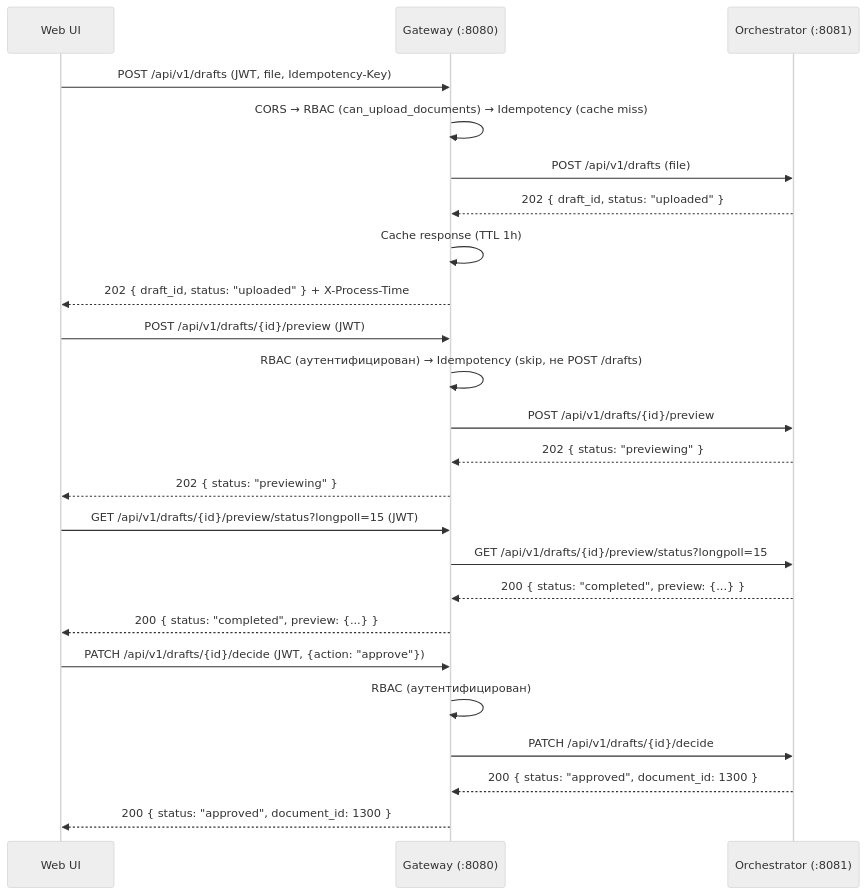
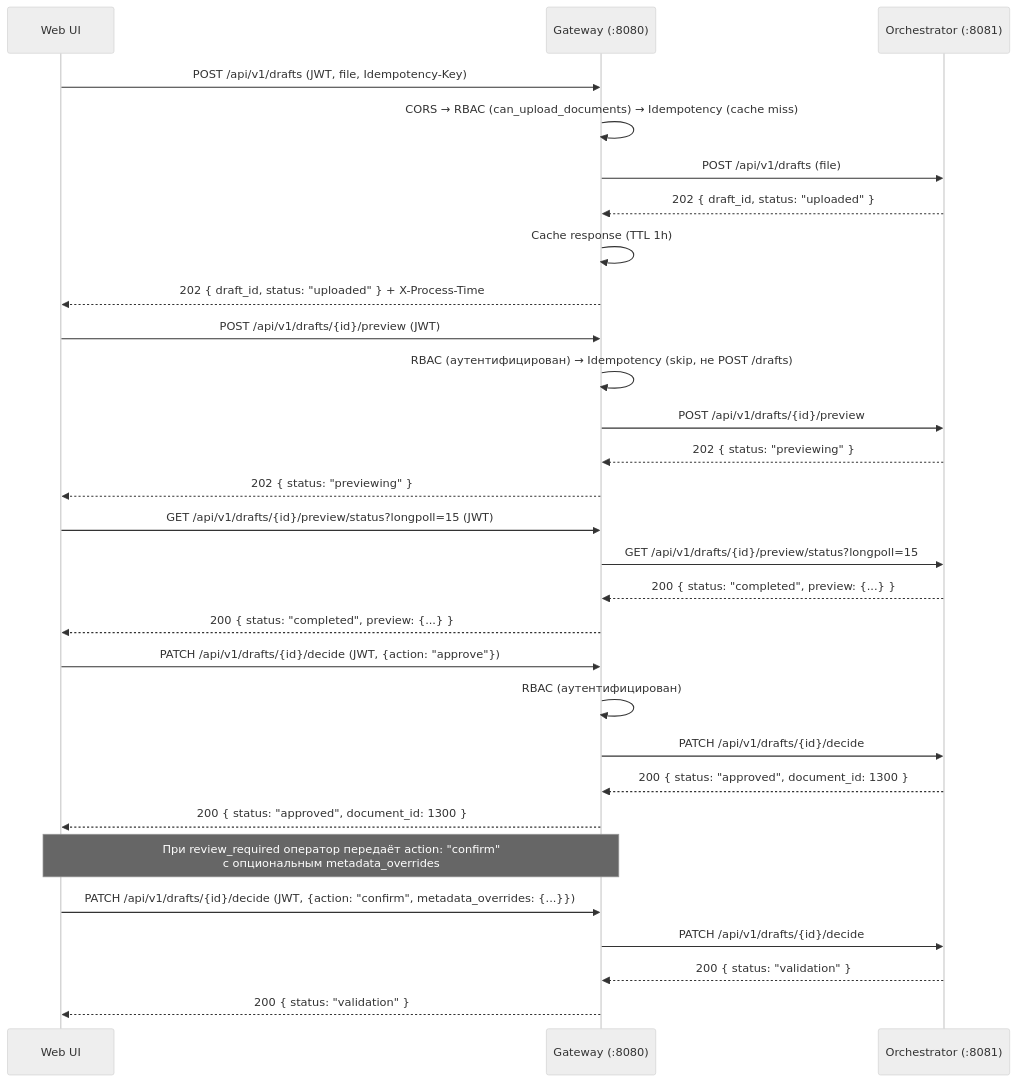
One commit to MasterKSAF/PKB changed the first of 2 diagrams in docs/api/gateway_service_api.md. Above: the diagram before and after it, drawn with Mermaid (neutral theme). The commit also changed other lines of this file and 14 other files, not shown here.

````diff
--- a/docs/api/gateway_service_api.md
+++ b/docs/api/gateway_service_api.md
@@ -110,30 +131,36 @@
 ```mermaid
 sequenceDiagram
     participant UI as Web UI
     participant GW as Gateway (:8080)
     participant Orch as Orchestrator (:8081)
 
     UI->>GW: POST /api/v1/drafts (JWT, file, Idempotency-Key)
     GW->>GW: CORS → RBAC (can_upload_documents) → Idempotency (cache miss)
     GW->>Orch: POST /api/v1/drafts (file)
     Orch-->>GW: 202 { draft_id, status: "uploaded" }
     GW->>GW: Cache response (TTL 1h)
     GW-->>UI: 202 { draft_id, status: "uploaded" } + X-Process-Time
 
     UI->>GW: POST /api/v1/drafts/{id}/preview (JWT)
     GW->>GW: RBAC (аутентифицирован) → Idempotency (skip, не POST /drafts)
     GW->>Orch: POST /api/v1/drafts/{id}/preview
     Orch-->>GW: 202 { status: "previewing" }
     GW-->>UI: 202 { status: "previewing" }
 
     UI->>GW: GET /api/v1/drafts/{id}/preview/status?longpoll=15 (JWT)
     GW->>Orch: GET /api/v1/drafts/{id}/preview/status?longpoll=15
     Orch-->>GW: 200 { status: "completed", preview: {...} }
     GW-->>UI: 200 { status: "completed", preview: {...} }
 
     UI->>GW: PATCH /api/v1/drafts/{id}/decide (JWT, {action: "approve"})
     GW->>GW: RBAC (аутентифицирован)
     GW->>Orch: PATCH /api/v1/drafts/{id}/decide
     Orch-->>GW: 200 { status: "approved", document_id: 1300 }
     GW-->>UI: 200 { status: "approved", document_id: 1300 }
+
+    Note over UI,GW: При review_required оператор передаёт action: "confirm"<br/>с опциональным metadata_overrides
+    UI->>GW: PATCH /api/v1/drafts/{id}/decide (JWT, {action: "confirm", metadata_overrides: {...}})
+    GW->>Orch: PATCH /api/v1/drafts/{id}/decide
+    Orch-->>GW: 200 { status: "validation" }
+    GW-->>UI: 200 { status: "validation" }
 ```
````
